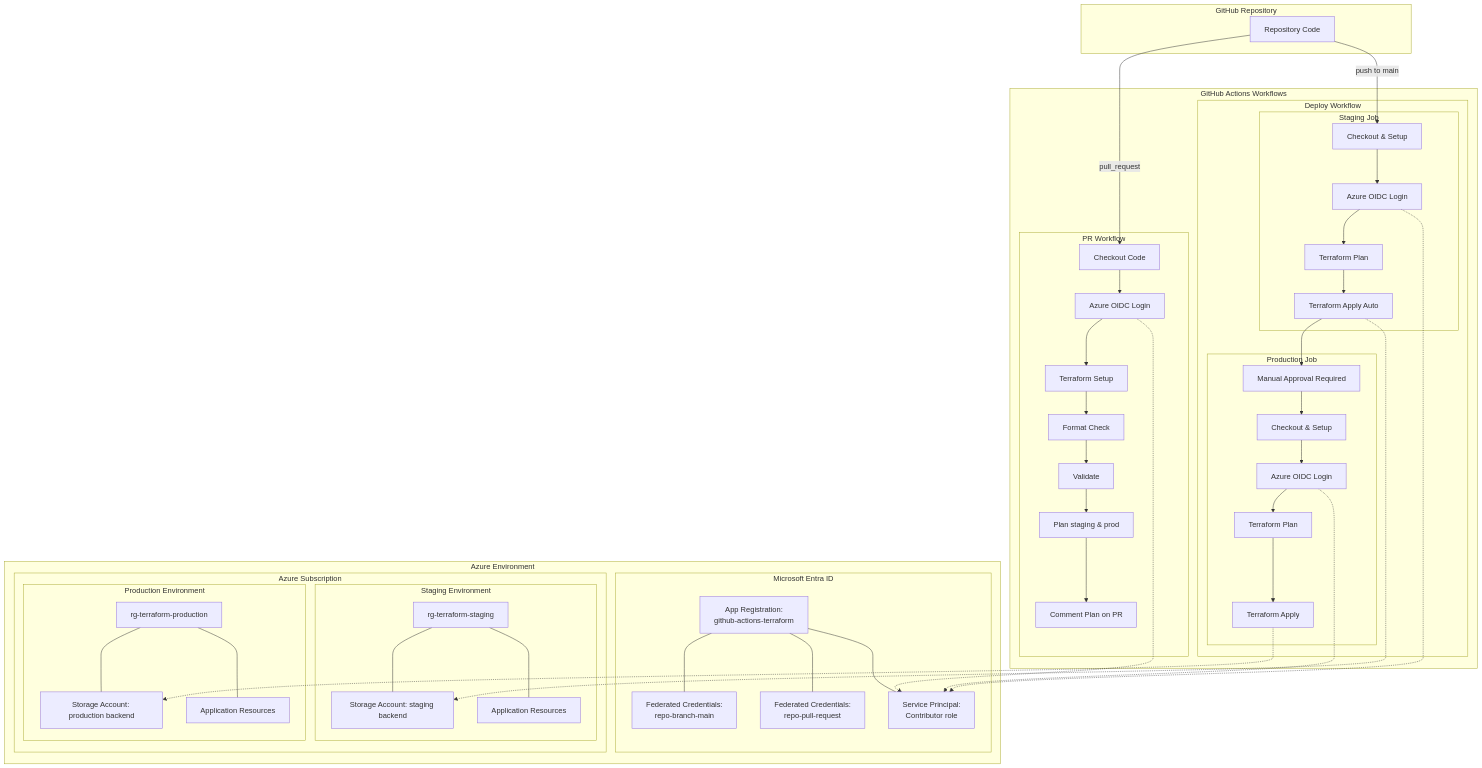
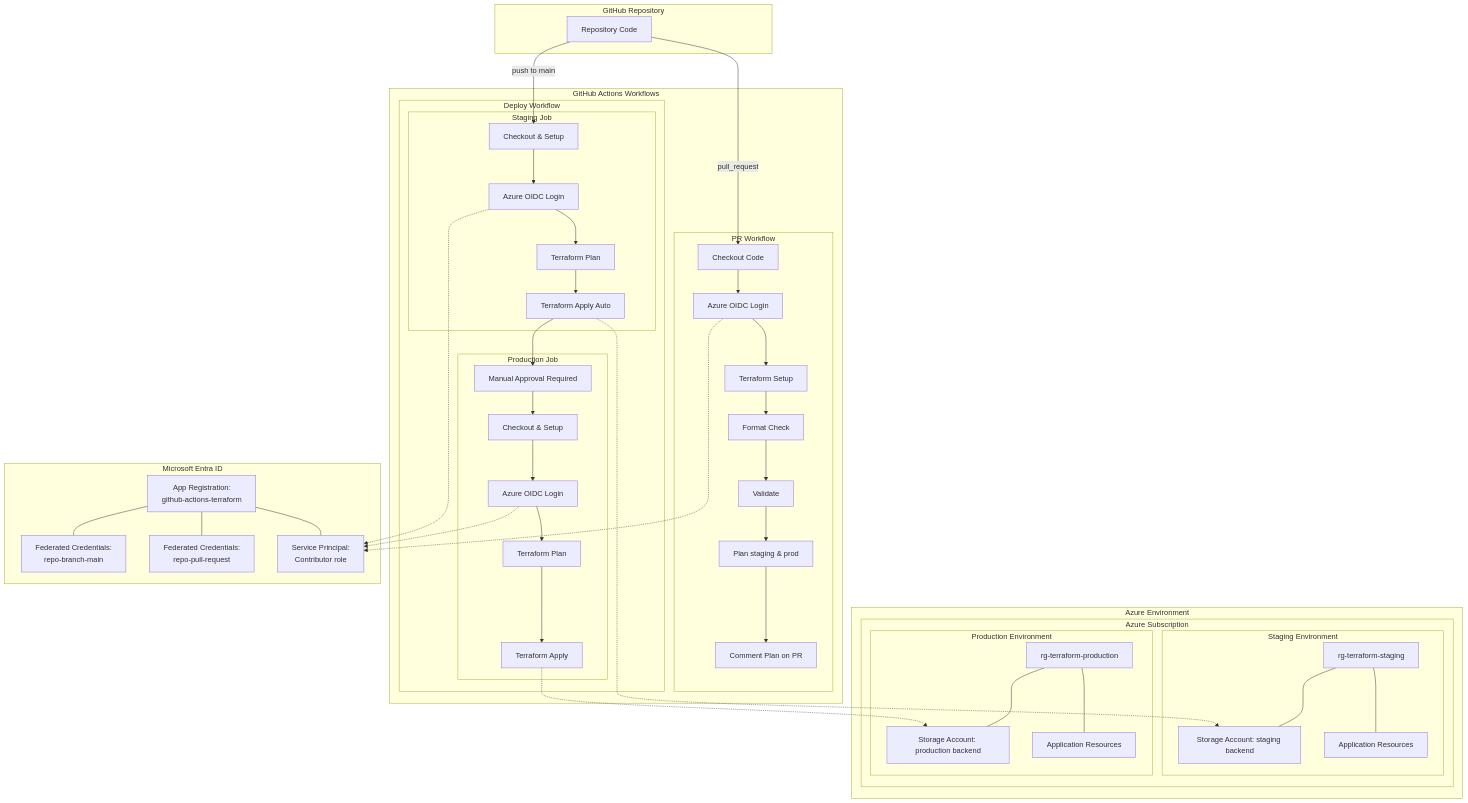
Before and after one commit to huangyingting/terraform-advanced-workshop: the second of 2 diagrams in README.md, drawn with Mermaid.

Commit message:
Refactor diagram structure in README to improve clarity of Microsoft Entra ID components

```diff
--- a/README.md
+++ b/README.md
@@ -198,17 +198,18 @@
         end
     end
     
+      subgraph "Microsoft Entra ID"
+         AR[App Registration:<br/>github-actions-terraform]
+         FC1[Federated Credentials:<br/>repo-branch-main]
+         FC2[Federated Credentials:<br/>repo-pull-request]
+         SP[Service Principal:<br/>Contributor role]
+         
+         AR --- FC1
+         AR --- FC2
+         AR --- SP
+      end
+
     subgraph "Azure Environment"
-        subgraph "Microsoft Entra ID"
-            AR[App Registration:<br/>github-actions-terraform]
-            FC1[Federated Credentials:<br/>repo-branch-main]
-            FC2[Federated Credentials:<br/>repo-pull-request]
-            SP[Service Principal:<br/>Contributor role]
-            
-            AR --- FC1
-            AR --- FC2
-            AR --- SP
-        end
         
         subgraph "Azure Subscription"
             subgraph "Staging Environment"
```
